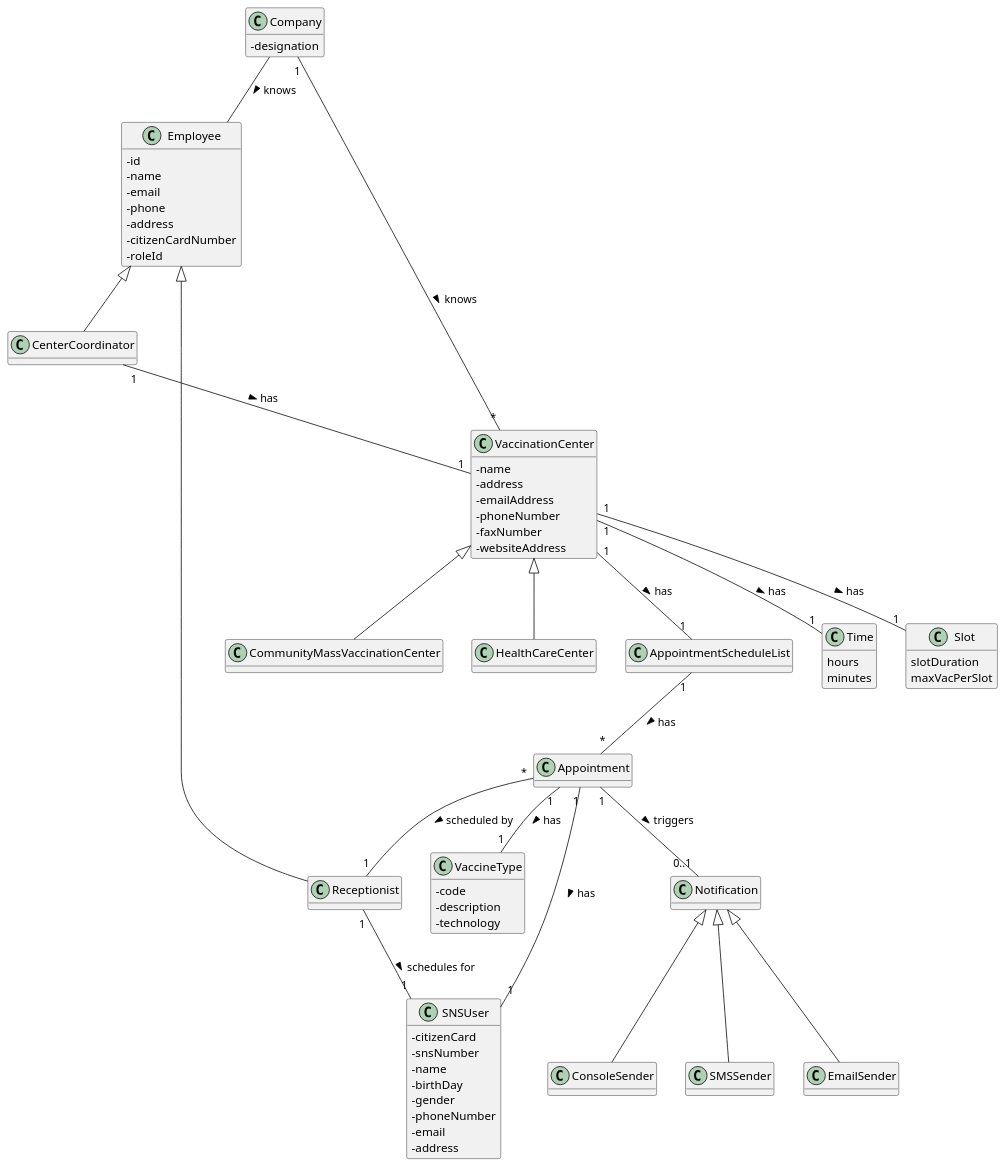
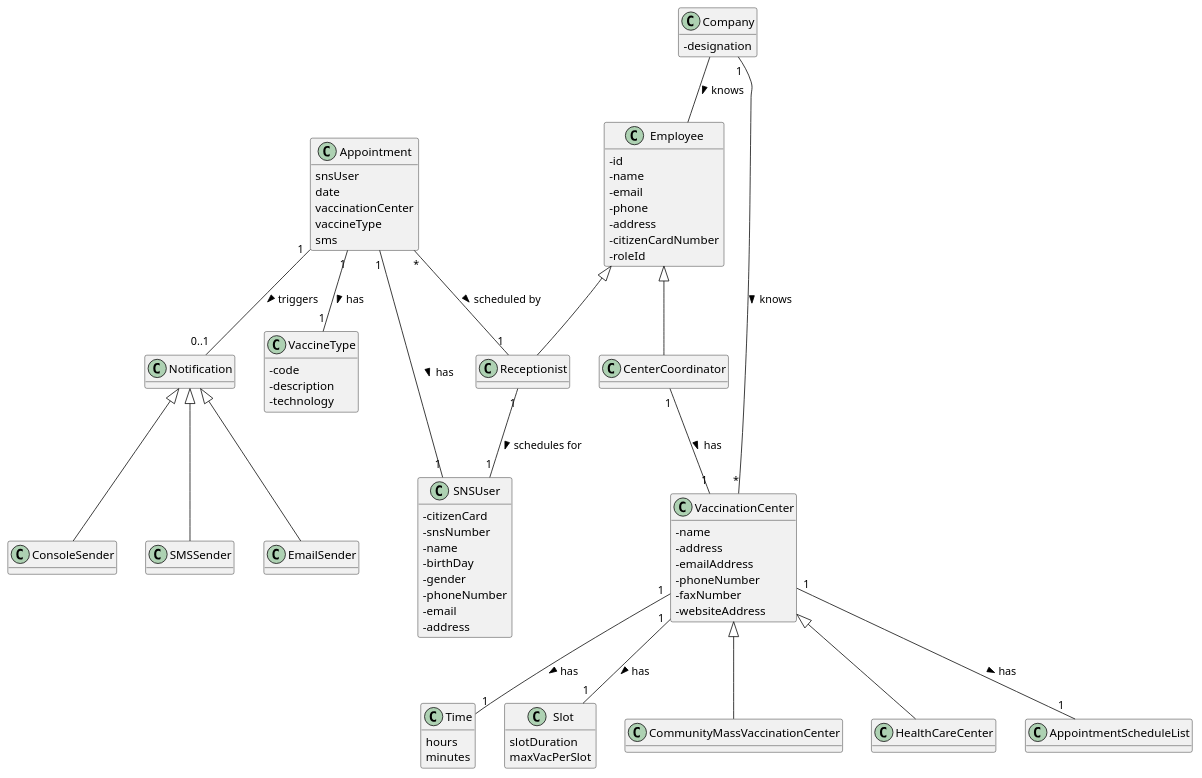
Before and after one commit to miseEnPlace-i/lapr2: the diagram in docs/SprintC/US02/DM/US02_DM.puml, drawn with PlantUML. The commit also changed 14 other files, not shown here.

```diff
--- a/docs/SprintC/US02/DM/US02_DM.puml
+++ b/docs/SprintC/US02/DM/US02_DM.puml
@@ -1,99 +1,100 @@
 @startuml  US02_DM
 hide methods
 skinparam classAttributeIconSize 0
 
 
-class Appointment {}
+class Appointment {
+  snsUser
+  date
+  vaccinationCenter
+  vaccineType
+  sms
+}
 
 class VaccineType {
   -code 
   -description
   -technology
 }
 
 class SNSUser {
   - citizenCard
   - snsNumber
   - name
   - birthDay
   - gender
   - phoneNumber
   - email
   - address
 }
 
 class VaccinationCenter{
   -name
   -address
   -emailAddress
   -phoneNumber
   -faxNumber
   -websiteAddress
 }
 
 class Time {
   hours
   minutes
 }
 
 class Slot {
   slotDuration
   maxVacPerSlot
 }
 
 class Company{
   -designation
 }
 
 class Receptionist {}
 
 class Employee {
   -id
   -name
   -email
   -phone
   -address
   -citizenCardNumber
   -roleId
 }
 
 class Notification {}
 
 class CenterCoordinator {}
 
 class CommunityMassVaccinationCenter {}
 
 class HealthCareCenter {}
 
-class AppointmentScheduleList {}
-
-
 Appointment "1"  -- "1" VaccineType : has >
 Appointment "1" -- "1" SNSUser : has >
 Appointment "*" -- "1" Receptionist : scheduled by >
 Appointment "1" -- "0..1" Notification : triggers >
-
-AppointmentScheduleList "1" -- "*" Appointment : has >
 
 Receptionist "1" -- "1" SNSUser : schedules for >
 Employee <|-- Receptionist
 Employee <|-- CenterCoordinator
 
 Company -- Employee : knows >
 Company "1" -- "*" VaccinationCenter : knows >
 
 CenterCoordinator "1" -- "1" VaccinationCenter : has >
 
 VaccinationCenter <|-- CommunityMassVaccinationCenter
 VaccinationCenter <|-- HealthCareCenter
 VaccinationCenter "1" -- "1" Slot : has >
 VaccinationCenter "1" -- "1" Time : has >
 VaccinationCenter "1" -- "1" AppointmentScheduleList : has >
 
 Notification <|-- SMSSender
 Notification <|-- EmailSender
 Notification <|-- ConsoleSender
 
 
 
 @enduml
```
